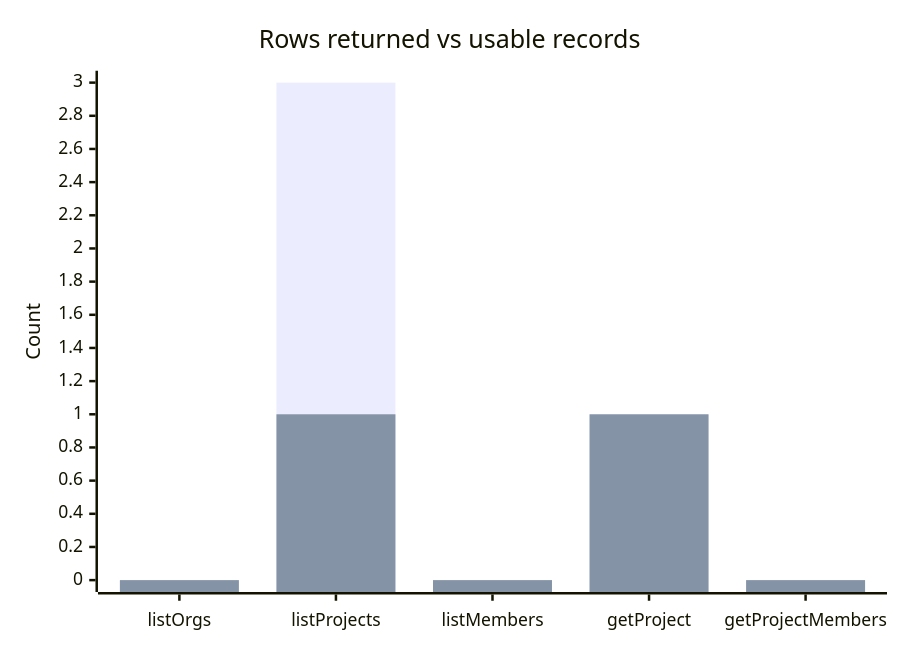
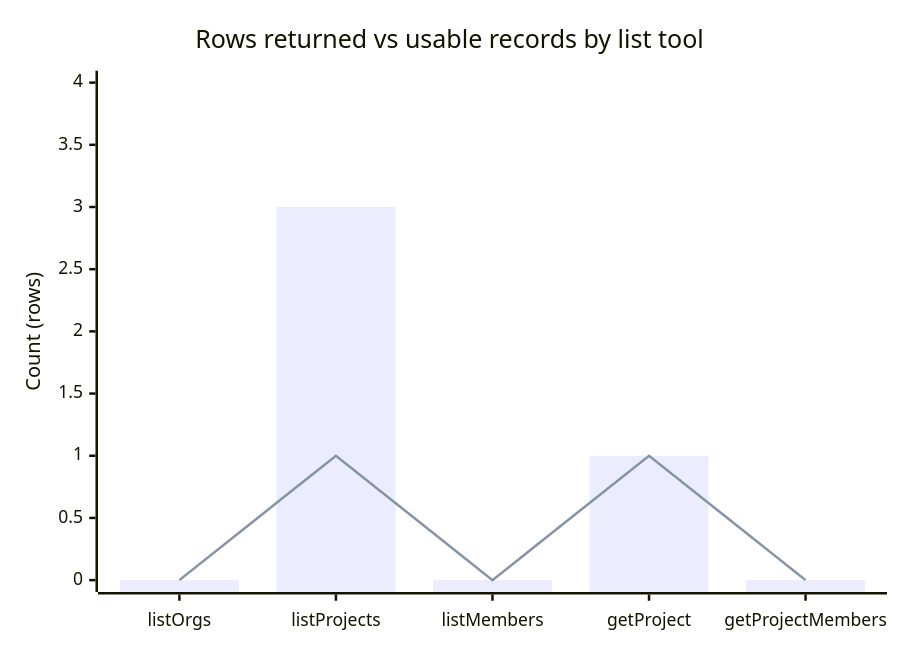
The first of 10 diagrams in skills/create-mermaid/README.md (mrzmyr/agent-plugin), drawn with Mermaid before and after one commit. The commit also changed other lines of this file, not shown here.

First line of the commit message:
Keep without/with mermaid pairs on the same snapshot.

````diff
--- a/skills/create-mermaid/README.md
+++ b/skills/create-mermaid/README.md
@@ -19,8 +21,8 @@
 ```mermaid
 xychart-beta
-    title "Rows returned vs usable records"
-    x-axis [listOrgs, listProjects, listMembers, getProject, getProjectMembers]
-    y-axis "Count" 0 --> 3
-    bar [0, 3, 0, 1, 0]
-    bar [0, 1, 0, 1, 0]
+  title "Rows returned vs usable records by list tool"
+  x-axis [listOrgs, listProjects, listMembers, getProject, getProjectMembers]
+  y-axis "Count (rows)" 0 --> 4
+  bar [0, 3, 0, 1, 0]
+  line [0, 1, 0, 1, 0]
 ```
````
